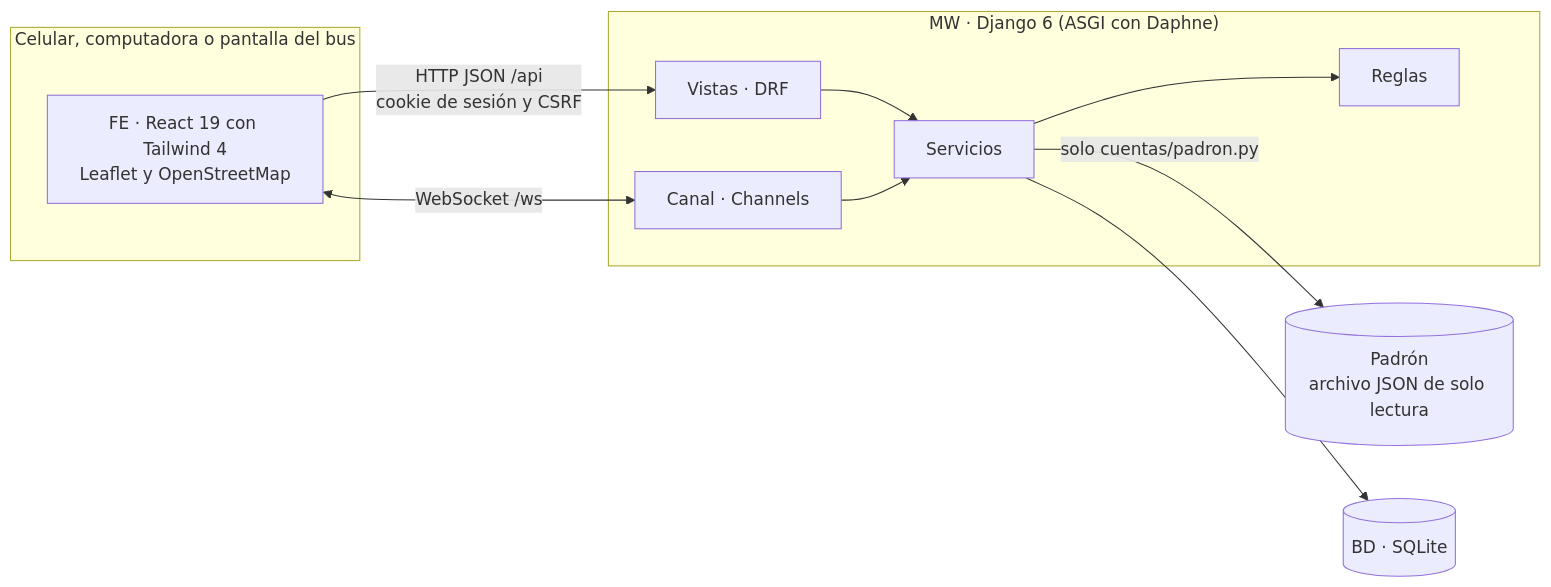
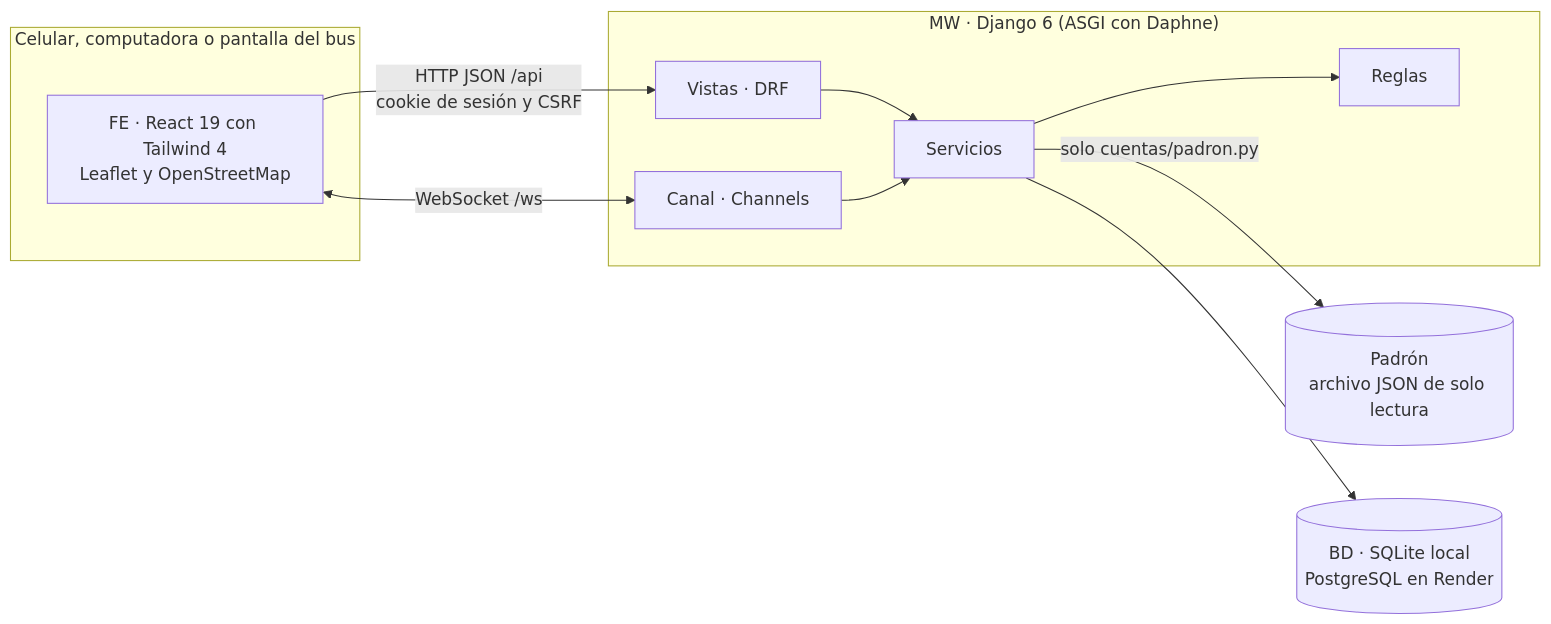
One commit to hugozuniga770/UPBus changed the first of 3 diagrams in docs/sesion-13-14-diseno.md. Above: the diagram before and after it, drawn with Mermaid. The commit also changed other lines of this file and 15 other files, not shown here.

````diff
--- a/docs/sesion-13-14-diseno.md
+++ b/docs/sesion-13-14-diseno.md
@@ -16,16 +16,16 @@
 ```mermaid
 flowchart LR
     subgraph Navegador["Celular, computadora o pantalla del bus"]
         FE["FE · React 19 con Tailwind 4<br/>Leaflet y OpenStreetMap"]
     end
     subgraph Servidor["MW · Django 6 (ASGI con Daphne)"]
         V["Vistas · DRF"] --> S["Servicios"] --> R["Reglas"]
         C["Canal · Channels"] --> S
     end
     P[("Padrón<br/>archivo JSON de solo lectura")]
-    B[("BD · SQLite")]
+    B[("BD · SQLite local<br/>PostgreSQL en Render")]
     FE -- "HTTP JSON /api<br/>cookie de sesión y CSRF" --> V
     FE <-- "WebSocket /ws" --> C
     S --> B
     S -- "solo cuentas/padron.py" --> P
 ```
````
